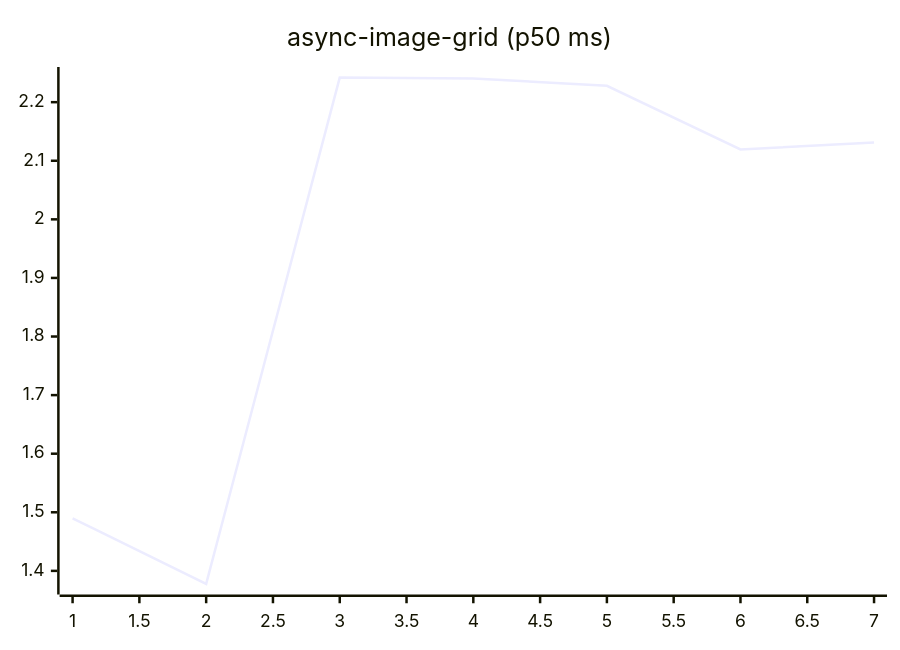
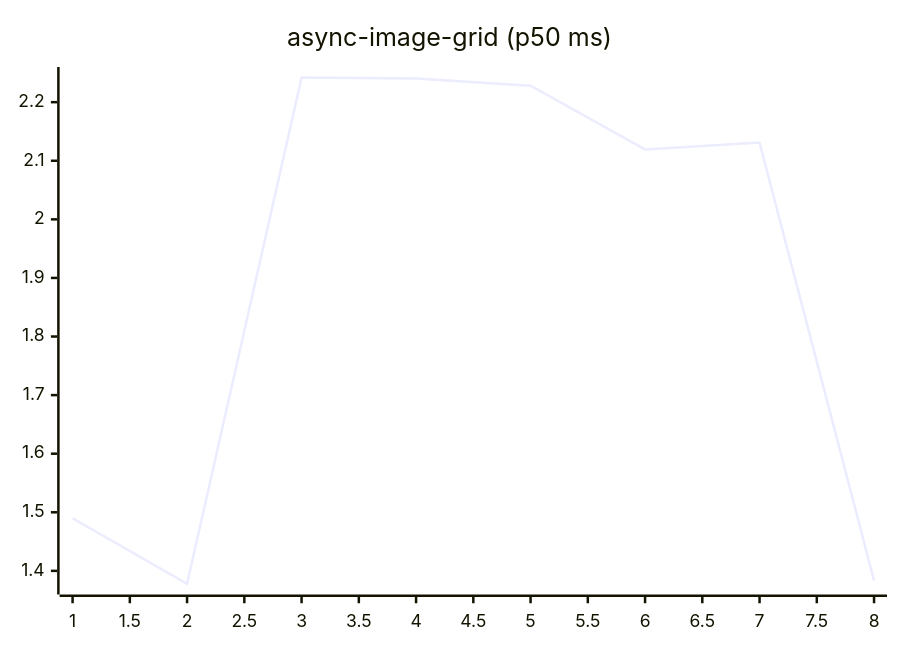
One commit to josha/Facet changed the fifth of 27 diagrams in README.md. Above: the diagram before and after it, drawn with Mermaid. The commit also changed other lines of this file and 2 other files, not shown here.

````diff
--- a/README.md
+++ b/README.md
@@ -91,6 +91,6 @@
 ```mermaid
 xychart-beta
     title "async-image-grid (p50 ms)"
-    x-axis 1 --> 7
-    line [1.4898, 1.3778, 2.2419, 2.2404, 2.2280, 2.1194, 2.1310]
+    x-axis 1 --> 8
+    line [1.4898, 1.3778, 2.2419, 2.2404, 2.2280, 2.1194, 2.1310, 1.3834]
 ```
````
